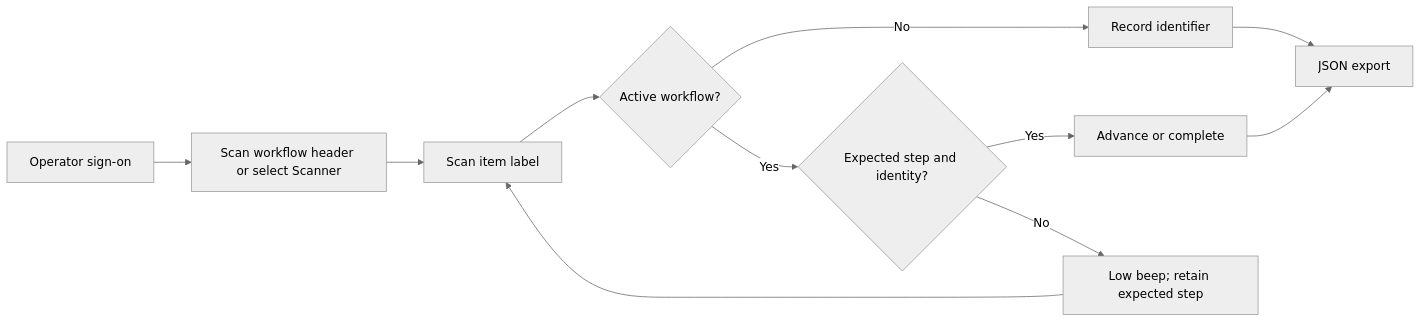
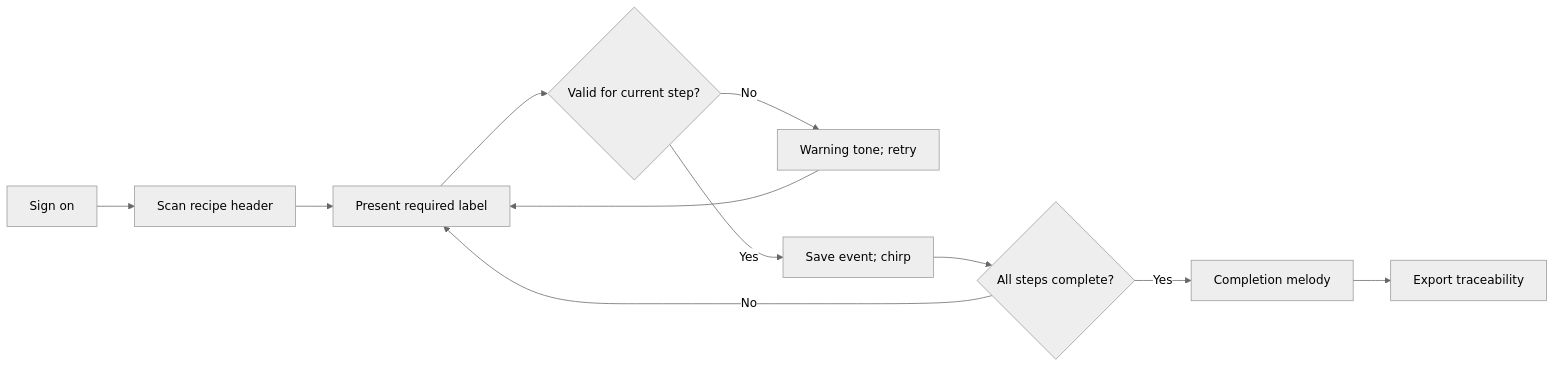
One commit to CocoHusky/manufacturing-qr-scanner changed the first of 2 diagrams in README.md. Above: the diagram before and after it, drawn with Mermaid (neutral theme). The commit also changed other lines of this file and 19 other files, not shown here.

````diff
--- a/README.md
+++ b/README.md
@@ -18,13 +47,13 @@
 ```mermaid
 flowchart LR
- A[Operator sign-on] --> S[Scan workflow header or select Scanner]
- S --> B[Scan item label]
- B --> C{Active workflow?}
- C -->|No| D[Record identifier]
- C -->|Yes| E{Expected step and identity?}
- E -->|Yes| F[Advance or complete]
- E -->|No| G[Low beep; retain expected step]
- G --> B
- D --> H[JSON export]
- F --> H
+ A[Sign on] --> B[Scan recipe header]
+ B --> C[Present required label]
+ C --> D{Valid for current step?}
+ D -->|No| E[Warning tone; retry]
+ E --> C
+ D -->|Yes| F[Save event; chirp]
+ F --> G{All steps complete?}
+ G -->|No| C
+ G -->|Yes| H[Completion melody]
+ H --> I[Export traceability]
 ```
````
